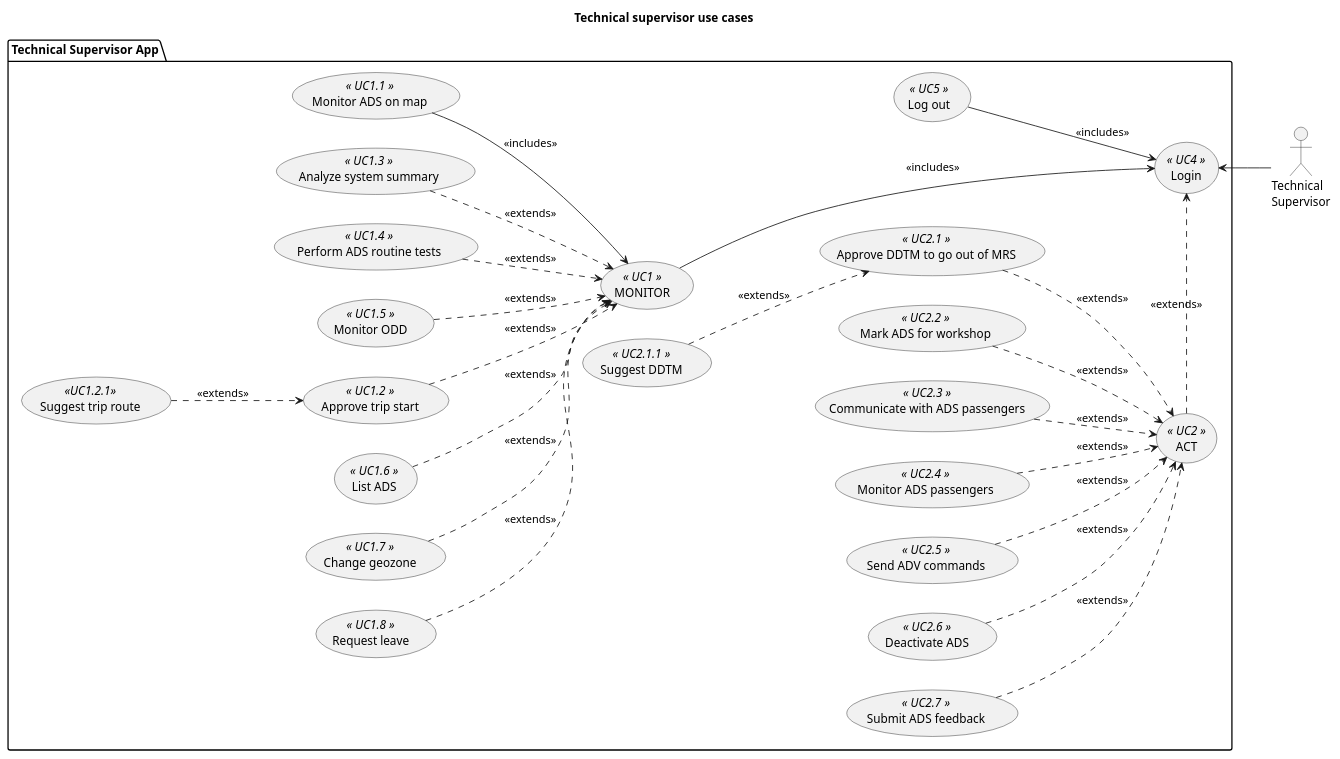
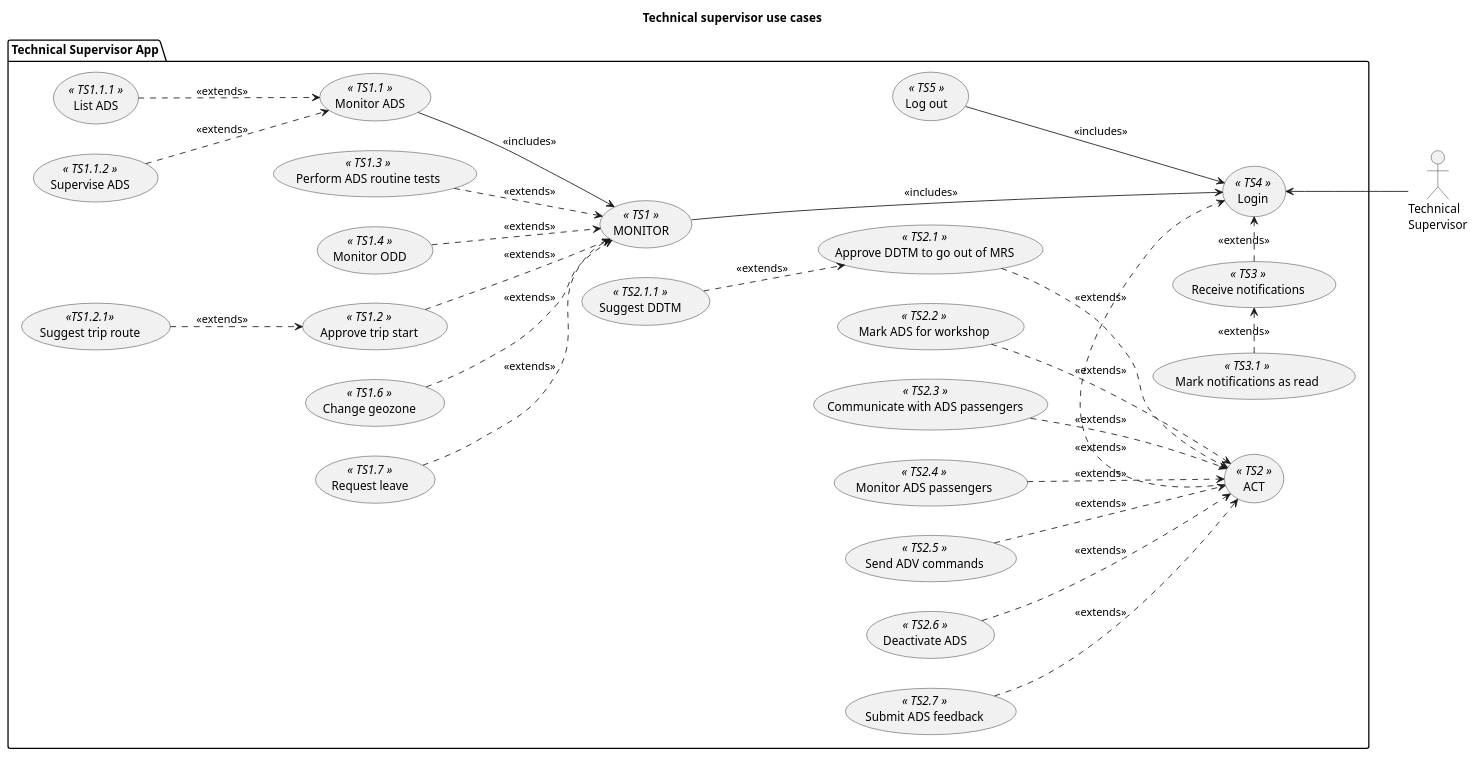
Before and after one commit to bruno-motorai/uml: the diagram in technical_supervisor/use_cases/use_cases_technical_supervisor.pu, drawn with PlantUML. The commit also changed 2 other files, not shown here.

Commit message:
Update use cases

```diff
--- a/technical_supervisor/use_cases/use_cases_technical_supervisor.pu
+++ b/technical_supervisor/use_cases/use_cases_technical_supervisor.pu
@@ -1,63 +1,68 @@
 @startuml ts_use_cases
 title Technical supervisor use cases
 
 left to right direction
 
-actor :Technical\nSupervisor: as TS1
+actor :Technical\nSupervisor: as USER
 
 package "Technical Supervisor App" {
-    usecase UC4 as (Login) <<  UC4  >>
-    usecase UC5 as (Log out) <<  UC5  >>
-    usecase UC1 as (MONITOR)<<  UC1  >>
-    usecase UC2 as (ACT) <<  UC2  >>
+    usecase TS1 as (MONITOR)<<  TS1  >>
+    usecase TS2 as (ACT) <<  TS2  >>
+    usecase TS3 as (Receive notifications) <<  TS3  >>
+    usecase TS4 as (Login) <<  TS4  >>
+    usecase TS5 as (Log out) <<  TS5  >>
 
-    ' Supervise system
-    usecase UC102 as (Monitor ADS on map) <<  UC1.1  >>
-    usecase UC100 as (Approve trip start) <<  UC1.2  >>
-    usecase UC101 as (Analyze system summary) <<  UC1.3  >>
-    usecase UC104 as (Perform ADS routine tests) <<  UC1.4  >>
-    usecase UC105 as (Monitor ODD) <<  UC1.5  >>
-    usecase UC106 as (Suggest trip route) << UC1.2.1 >>
-    usecase UC107 as (List ADS) <<  UC1.6  >>
-    usecase UC108 as (Change geozone) <<  UC1.7  >>
-    usecase UC109 as (Request leave) <<  UC1.8  >>
+    usecase TS301 as (Mark notifications as read) <<  TS3.1  >>
 
-    ' Supervise ADS
-    usecase UC201 as (Approve DDTM to go out of MRS) <<  UC2.1  >>
-    usecase UC202 as (Suggest DDTM) <<  UC2.1.1  >>
-    usecase UC203 as (Mark ADS for workshop) <<  UC2.2  >>
-    usecase UC204 as (Communicate with ADS passengers) <<  UC2.3  >>
-    usecase UC205 as (Monitor ADS passengers) <<  UC2.4  >>
-    usecase UC206 as (Send ADV commands) <<  UC2.5  >>
-    usecase UC207 as (Deactivate ADS) <<  UC2.6  >>
-    usecase UC208 as (Submit ADS feedback) <<  UC2.7  >>  
+    ' Monitor
+    usecase TS102 as (Monitor ADS) <<  TS1.1  >>
+    usecase TS100 as (Approve trip start) <<  TS1.2  >>
+    usecase TS107 as (List ADS) <<  TS1.1.1  >>
+    usecase TS101 as (Supervise ADS) <<  TS1.1.2  >>
+    usecase TS104 as (Perform ADS routine tests) <<  TS1.3  >>
+    usecase TS105 as (Monitor ODD) <<  TS1.4  >>
+    usecase TS106 as (Suggest trip route) << TS1.2.1 >>
+    usecase TS108 as (Change geozone) <<  TS1.6  >>
+    usecase TS109 as (Request leave) <<  TS1.7  >>
+
+    ' Act
+    usecase TS201 as (Approve DDTM to go out of MRS) <<  TS2.1  >>
+    usecase TS202 as (Suggest DDTM) <<  TS2.1.1  >>
+    usecase TS203 as (Mark ADS for workshop) <<  TS2.2  >>
+    usecase TS204 as (Communicate with ADS passengers) <<  TS2.3  >>
+    usecase TS205 as (Monitor ADS passengers) <<  TS2.4  >>
+    usecase TS206 as (Send ADV commands) <<  TS2.5  >>
+    usecase TS207 as (Deactivate ADS) <<  TS2.6  >>
+    usecase TS208 as (Submit ADS feedback) <<  TS2.7  >>  
 }
 
-' User connections
-TS1 -up-> UC4
-UC2 -> UC4 #line.dashed : <<extends>> 
-UC1 ---> UC4 : <<includes>> 
-UC5 --> UC4 : <<includes>>
+' General use cases
+USER -up-> TS4
+TS2 -> TS4 #line.dashed : <<extends>> 
+TS1 ---> TS4 : <<includes>> 
+TS5 --> TS4 : <<includes>>
+TS3 -> TS4 #line.dashed : <<extends>>
+TS301 -> TS3 #line.dashed : <<extends>>
 
-' Supervise system
-UC100 --> UC1 #line.dashed : <<extends>>
-UC106 --> UC100 #line.dashed : <<extends>>
-UC101 --> UC1 #line.dashed : <<extends>>
-UC102 --> UC1 : <<includes>>
-UC104 --> UC1 #line.dashed : <<extends>>
-UC105 --> UC1 #line.dashed : <<extends>>
-UC107 --> UC1 #line.dashed : <<extends>>
-UC108 -d-> UC1 #line.dashed : <<extends>>
-UC109 --> UC1 #line.dashed : <<extends>>
+' Monitor
+TS100 --> TS1 #line.dashed : <<extends>>
+TS106 --> TS100 #line.dashed : <<extends>>
+TS101 --> TS102 #line.dashed : <<extends>>
+TS102 --> TS1 : <<includes>>
+TS104 --> TS1 #line.dashed : <<extends>>
+TS105 --> TS1 #line.dashed : <<extends>>
+TS107 --> TS102 #line.dashed : <<extends>>
+TS108 -d-> TS1 #line.dashed : <<extends>>
+TS109 --> TS1 #line.dashed : <<extends>>
 
-' Supervise ADS
-UC201 --> UC2 #line.dashed : <<extends>>
-UC202 --> UC201 #line.dashed : <<extends>>
-UC203 --> UC2 #line.dashed : <<extends>>
-UC204 --> UC2 #line.dashed : <<extends>>
-UC205 --> UC2 #line.dashed : <<extends>>
-UC206 --> UC2 #line.dashed : <<extends>>
-UC207 --> UC2 #line.dashed : <<extends>>
-UC208 --> UC2 #line.dashed : <<extends>>
+' Act
+TS201 --> TS2 #line.dashed : <<extends>>
+TS202 --> TS201 #line.dashed : <<extends>>
+TS203 --> TS2 #line.dashed : <<extends>>
+TS204 --> TS2 #line.dashed : <<extends>>
+TS205 --> TS2 #line.dashed : <<extends>>
+TS206 --> TS2 #line.dashed : <<extends>>
+TS207 --> TS2 #line.dashed : <<extends>>
+TS208 --> TS2 #line.dashed : <<extends>>
 
 @enduml
```
